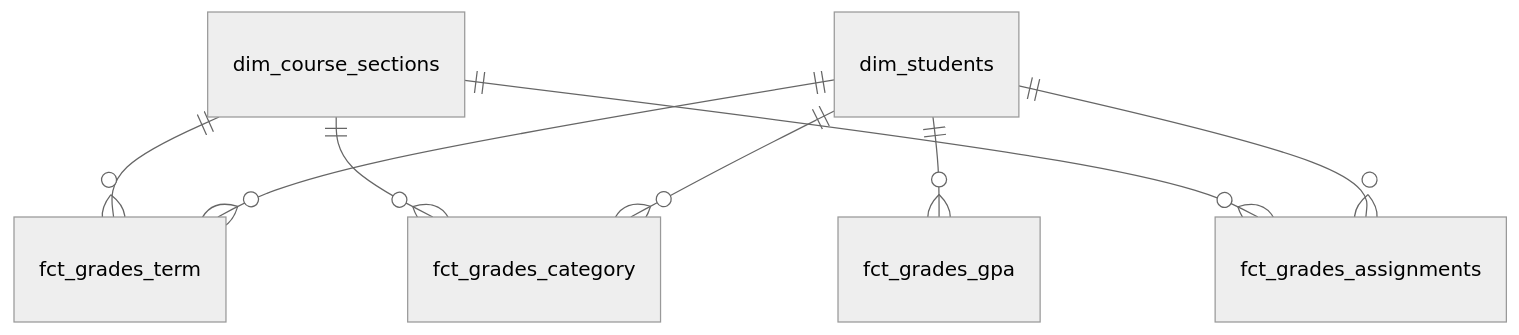
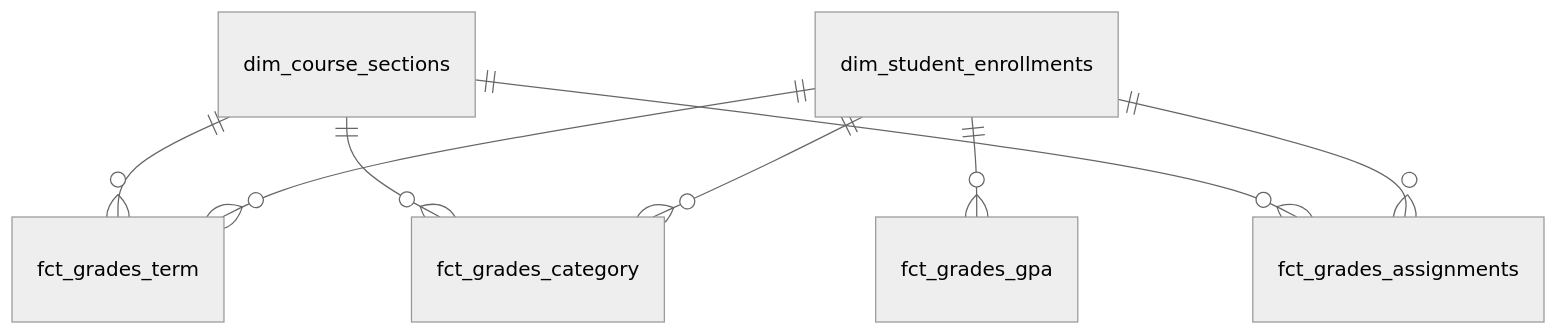
The eighth of 10 diagrams in docs/superpowers/specs/2026-03-27-star-schema-data-mart-design.md (TEAMSchools/teamster), drawn with Mermaid (neutral theme) before and after one commit. The commit also changed other lines of this file, not shown here.

First line of the commit message:
docs: revise star schema data mart spec per stakeholder feedback

````diff
--- a/docs/superpowers/specs/2026-03-27-star-schema-data-mart-design.md
+++ b/docs/superpowers/specs/2026-03-27-star-schema-data-mart-design.md
@@ -405,10 +489,10 @@
 ```mermaid
 erDiagram
-    dim_students ||--o{ fct_grades_term : ""
-    dim_students ||--o{ fct_grades_category : ""
-    dim_students ||--o{ fct_grades_assignments : ""
-    dim_students ||--o{ fct_grades_gpa : ""
+    dim_student_enrollments ||--o{ fct_grades_term : ""
+    dim_student_enrollments ||--o{ fct_grades_category : ""
+    dim_student_enrollments ||--o{ fct_grades_assignments : ""
+    dim_student_enrollments ||--o{ fct_grades_gpa : ""
     dim_course_sections ||--o{ fct_grades_term : ""
     dim_course_sections ||--o{ fct_grades_category : ""
     dim_course_sections ||--o{ fct_grades_assignments : ""
 ```
````
